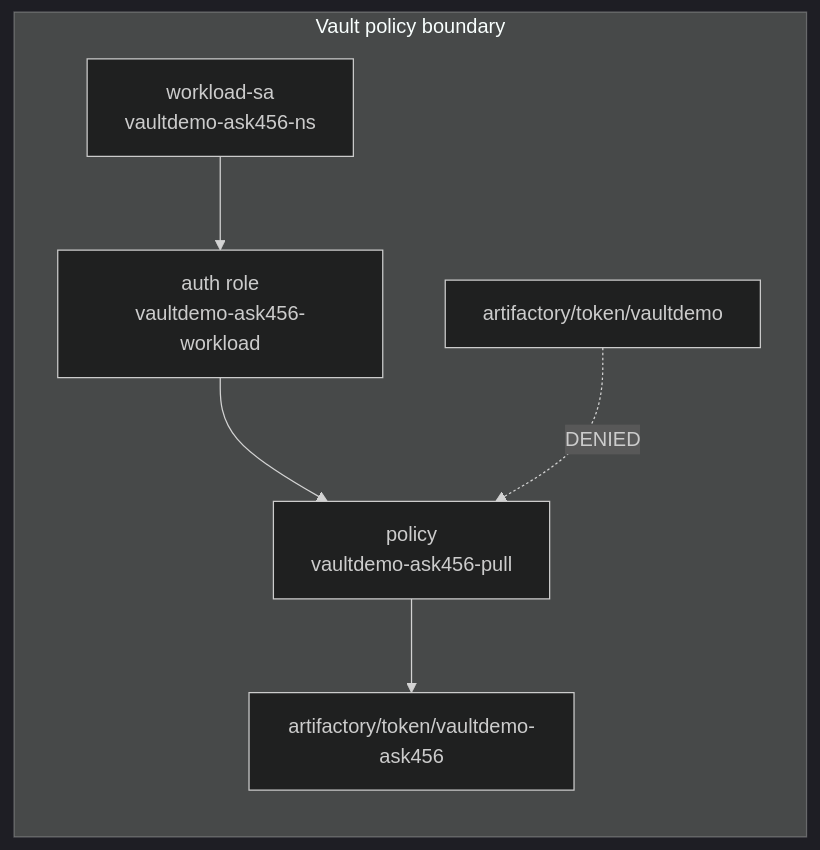
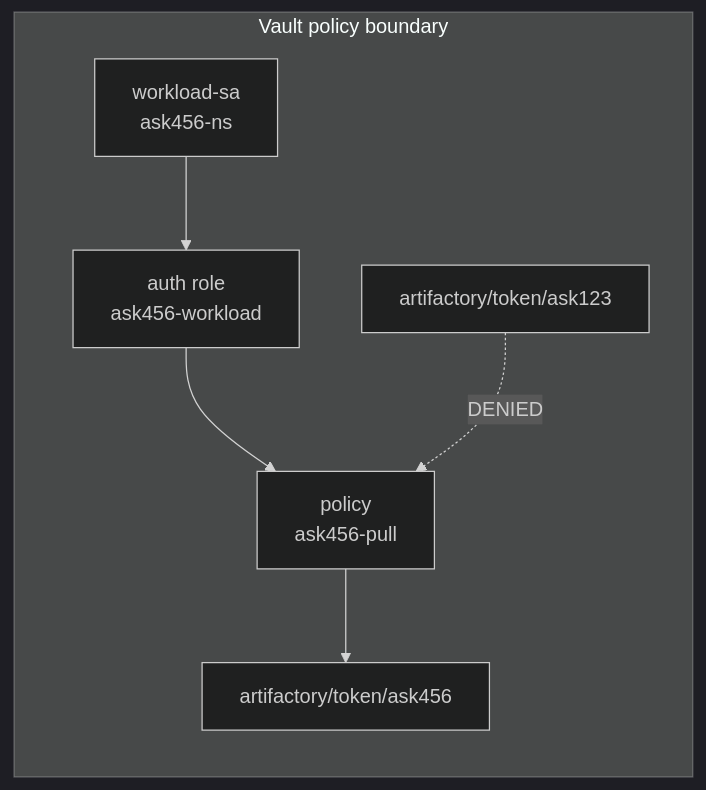
Before and after one commit to tomjfrog/vault-artifactory-lab: the sixth of 7 diagrams in docs/visual-architecture.md, drawn with Mermaid (dark theme). The commit also changed other lines of this file and 32 other files, not shown here.

````diff
--- a/docs/visual-architecture.md
+++ b/docs/visual-architecture.md
@@ -359,12 +324,12 @@
 ```mermaid
 flowchart LR
     subgraph vault_isolation["Vault policy boundary"]
-        SA456["workload-sa<br/>vaultdemo-ask456-ns"]
-        AR456["auth role<br/>vaultdemo-ask456-workload"]
-        P456["policy<br/>vaultdemo-ask456-pull"]
-        TP456["artifactory/token/vaultdemo-ask456"]
+        SA456["workload-sa<br/>ask456-ns"]
+        AR456["auth role<br/>ask456-workload"]
+        P456["policy<br/>ask456-pull"]
+        TP456["artifactory/token/ask456"]
         SA456 --> AR456 --> P456 --> TP456
-        TP123["artifactory/token/vaultdemo"]
+        TP123["artifactory/token/ask123"]
         TP123 -.->|DENIED| P456
     end
 ```
````
